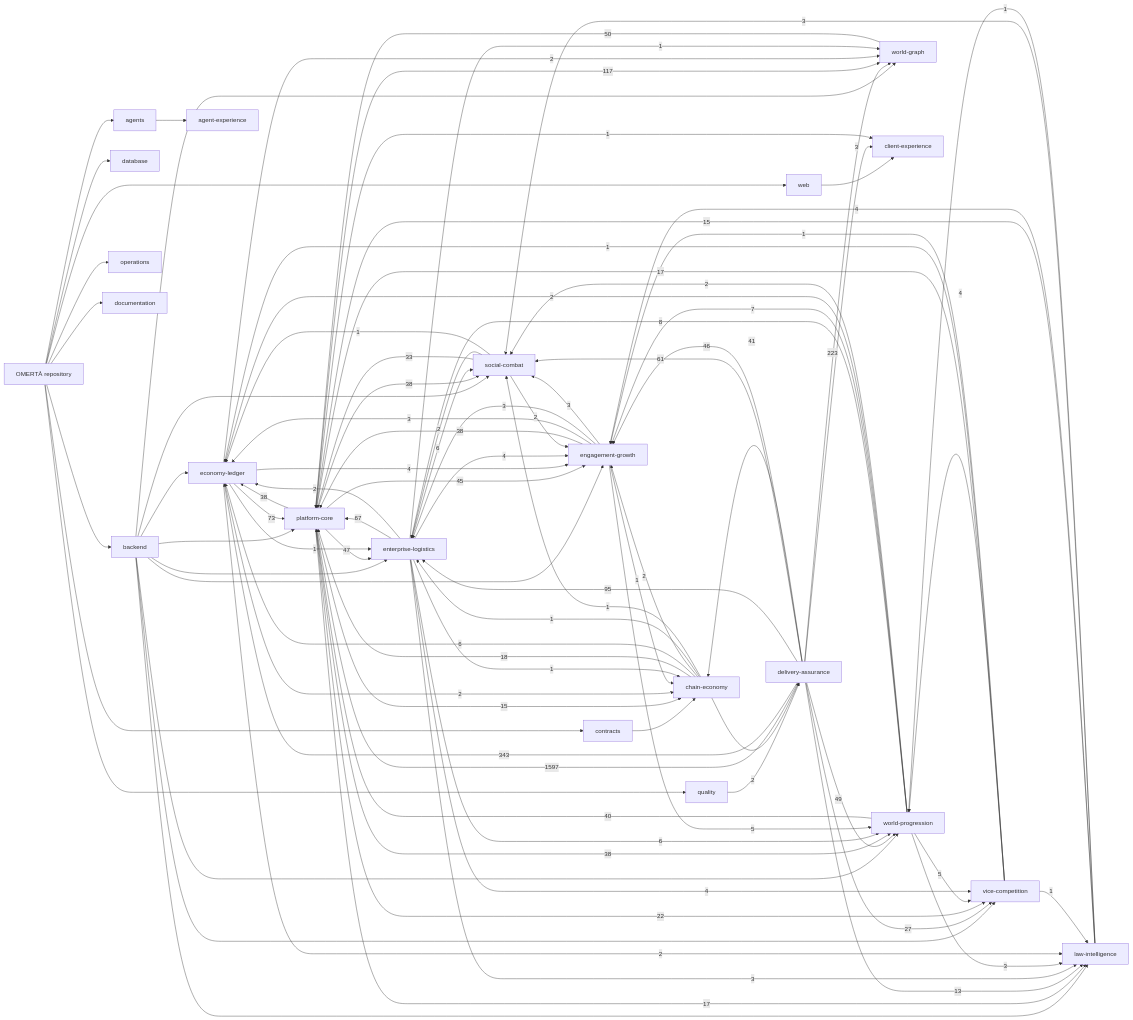
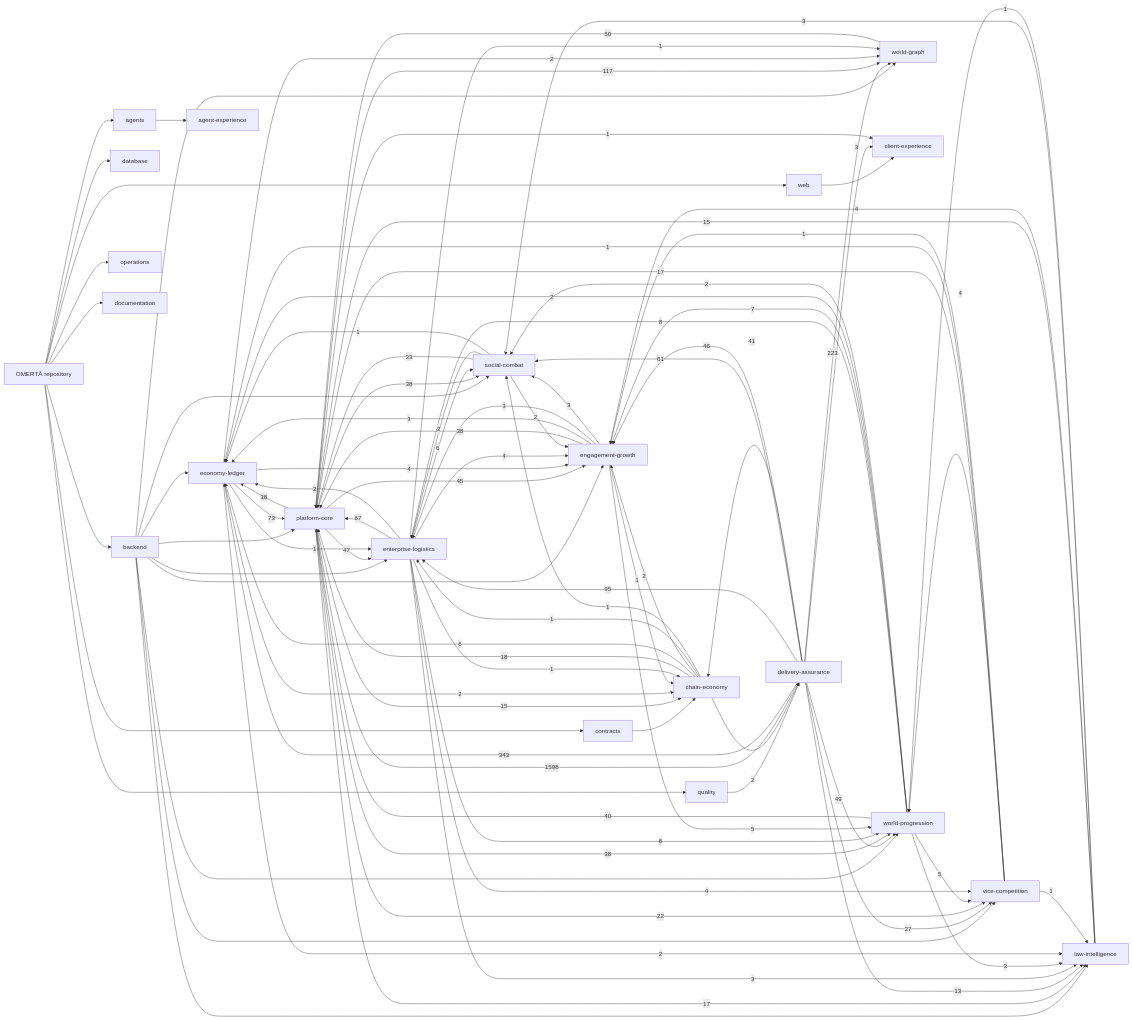
One commit to OmertaDev/Omerta changed the diagram in knowledge/generated/graph.mmd. Above: the diagram before and after it, drawn with Mermaid. The commit also changed 5 other files, not shown here.

```diff
--- a/knowledge/generated/graph.mmd
+++ b/knowledge/generated/graph.mmd
@@ -1,113 +1,113 @@
 flowchart LR
   repo["OMERTÀ repository"]
   sub_backend["backend"]
   repo --> sub_backend
   sub_database["database"]
   repo --> sub_database
   sub_web["web"]
   repo --> sub_web
   sub_contracts["contracts"]
   repo --> sub_contracts
   sub_agents["agents"]
   repo --> sub_agents
   sub_quality["quality"]
   repo --> sub_quality
   sub_operations["operations"]
   repo --> sub_operations
   sub_documentation["documentation"]
   repo --> sub_documentation
   dom_platform-core["platform-core"]
   dom_economy-ledger["economy-ledger"]
   dom_social-combat["social-combat"]
   dom_world-progression["world-progression"]
   dom_world-graph["world-graph"]
   dom_enterprise-logistics["enterprise-logistics"]
   dom_vice-competition["vice-competition"]
   dom_law-intelligence["law-intelligence"]
   dom_chain-economy["chain-economy"]
   dom_engagement-growth["engagement-growth"]
   dom_client-experience["client-experience"]
   dom_agent-experience["agent-experience"]
   dom_delivery-assurance["delivery-assurance"]
   sub_agents --> dom_agent-experience
   sub_backend --> dom_economy-ledger
   sub_backend --> dom_engagement-growth
   sub_backend --> dom_enterprise-logistics
   sub_backend --> dom_law-intelligence
   sub_backend --> dom_platform-core
   sub_backend --> dom_social-combat
   sub_backend --> dom_vice-competition
   sub_backend --> dom_world-graph
   sub_backend --> dom_world-progression
   sub_contracts --> dom_chain-economy
   sub_quality --> dom_delivery-assurance
   sub_web --> dom_client-experience
-  dom_delivery-assurance -->|1597| dom_platform-core
+  dom_delivery-assurance -->|1598| dom_platform-core
   dom_delivery-assurance -->|343| dom_economy-ledger
   dom_delivery-assurance -->|223| dom_world-graph
   dom_platform-core -->|117| dom_world-graph
   dom_delivery-assurance -->|95| dom_enterprise-logistics
   dom_economy-ledger -->|73| dom_platform-core
   dom_enterprise-logistics -->|67| dom_platform-core
   dom_delivery-assurance -->|61| dom_social-combat
   dom_world-graph -->|50| dom_platform-core
   dom_delivery-assurance -->|49| dom_world-progression
   dom_platform-core -->|47| dom_enterprise-logistics
   dom_delivery-assurance -->|46| dom_engagement-growth
   dom_platform-core -->|45| dom_engagement-growth
   dom_delivery-assurance -->|41| dom_chain-economy
   dom_world-progression -->|40| dom_platform-core
   dom_engagement-growth -->|38| dom_platform-core
   dom_platform-core -->|38| dom_economy-ledger
   dom_platform-core -->|38| dom_social-combat
   dom_platform-core -->|38| dom_world-progression
   dom_social-combat -->|33| dom_platform-core
   dom_delivery-assurance -->|27| dom_vice-competition
   dom_platform-core -->|22| dom_vice-competition
   dom_chain-economy -->|18| dom_platform-core
   dom_platform-core -->|17| dom_law-intelligence
   dom_vice-competition -->|17| dom_platform-core
   dom_law-intelligence -->|15| dom_platform-core
   dom_platform-core -->|15| dom_chain-economy
   dom_delivery-assurance -->|13| dom_law-intelligence
   dom_world-progression -->|8| dom_enterprise-logistics
   dom_world-progression -->|7| dom_engagement-growth
   dom_chain-economy -->|6| dom_economy-ledger
   dom_enterprise-logistics -->|6| dom_social-combat
   dom_enterprise-logistics -->|6| dom_world-progression
   dom_engagement-growth -->|5| dom_world-progression
   dom_world-progression -->|5| dom_vice-competition
   dom_economy-ledger -->|4| dom_engagement-growth
   dom_enterprise-logistics -->|4| dom_engagement-growth
   dom_enterprise-logistics -->|4| dom_vice-competition
   dom_law-intelligence -->|4| dom_engagement-growth
   dom_vice-competition -->|4| dom_world-progression
   dom_delivery-assurance -->|3| dom_client-experience
   dom_engagement-growth -->|3| dom_economy-ledger
   dom_engagement-growth -->|3| dom_enterprise-logistics
   dom_engagement-growth -->|3| dom_social-combat
   dom_enterprise-logistics -->|3| dom_law-intelligence
   dom_law-intelligence -->|3| dom_social-combat
   dom_world-progression -->|3| dom_law-intelligence
   dom_chain-economy -->|2| dom_delivery-assurance
   dom_chain-economy -->|2| dom_engagement-growth
   dom_economy-ledger -->|2| dom_chain-economy
   dom_economy-ledger -->|2| dom_law-intelligence
   dom_economy-ledger -->|2| dom_world-graph
   dom_enterprise-logistics -->|2| dom_economy-ledger
   dom_social-combat -->|2| dom_engagement-growth
   dom_social-combat -->|2| dom_enterprise-logistics
   dom_world-progression -->|2| dom_economy-ledger
   dom_world-progression -->|2| dom_social-combat
   dom_chain-economy -->|1| dom_enterprise-logistics
   dom_chain-economy -->|1| dom_social-combat
   dom_economy-ledger -->|1| dom_enterprise-logistics
   dom_engagement-growth -->|1| dom_chain-economy
   dom_enterprise-logistics -->|1| dom_chain-economy
   dom_enterprise-logistics -->|1| dom_world-graph
   dom_law-intelligence -->|1| dom_world-progression
   dom_platform-core -->|1| dom_client-experience
   dom_social-combat -->|1| dom_economy-ledger
   dom_vice-competition -->|1| dom_economy-ledger
   dom_vice-competition -->|1| dom_engagement-growth
   dom_vice-competition -->|1| dom_law-intelligence
```
